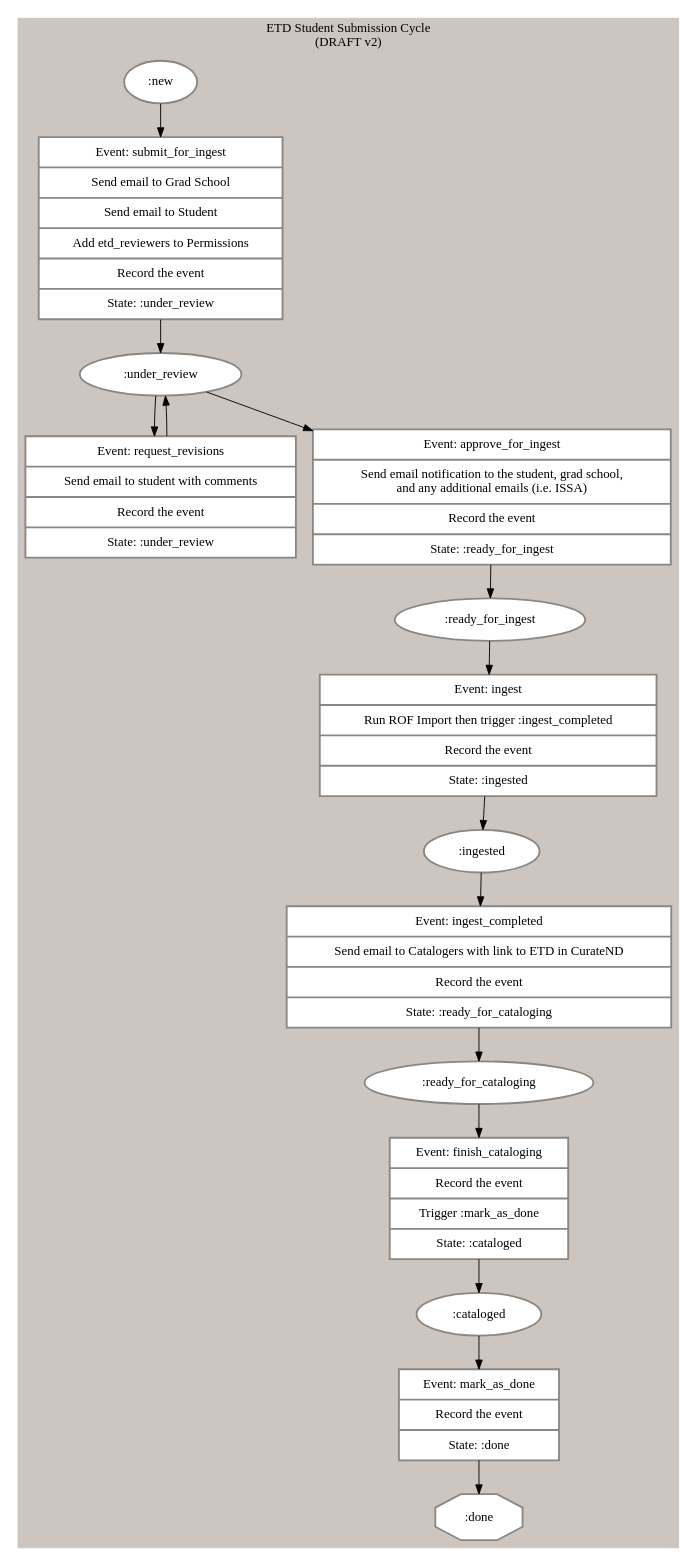
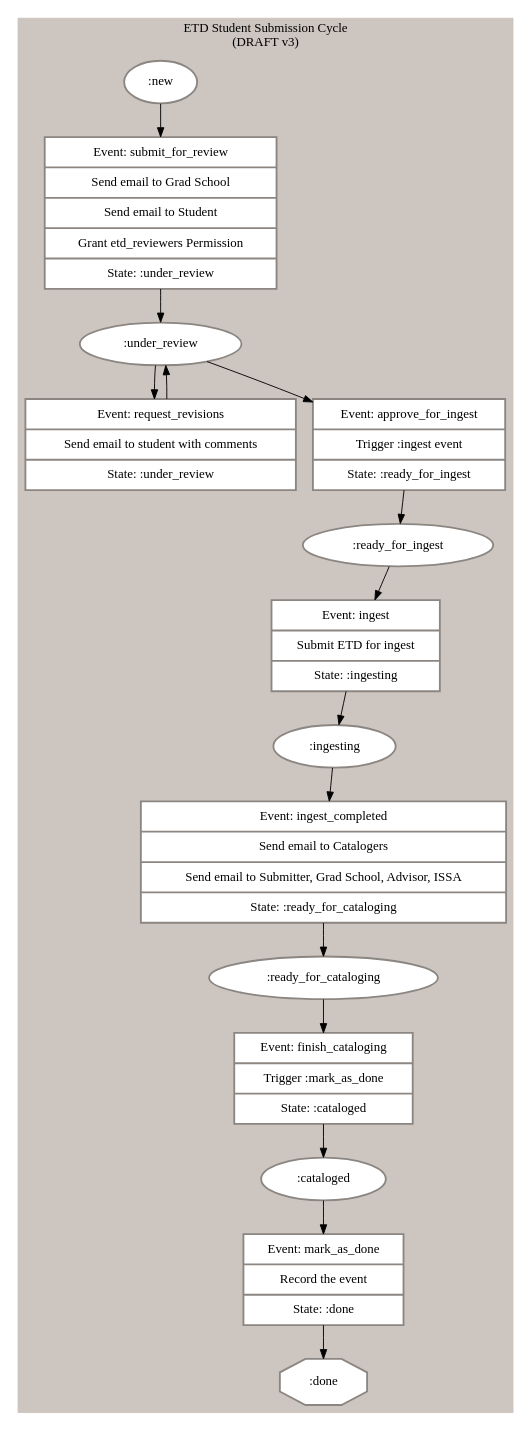
The diagram in artifacts/etd-submission-state-machine.dot (scholarworks/sipity), drawn with Graphviz before and after one commit. The commit also changed 2 other files, not shown here.

Commit message:
Updating ETD Submission State Flow
In preparation for meeting with the Grad School, I wanted to make sure
the work flow is properly captured.

```diff
--- a/artifacts/etd-submission-state-machine.dot
+++ b/artifacts/etd-submission-state-machine.dot
@@ -1,36 +1,36 @@
 digraph "G" {
     compound=true;
     node[color="grey15" shape=record penwidth=2 margin="0.15, 0.125"];
 
     subgraph cluster_0 {
-        label="ETD Student Submission Cycle\n(DRAFT v2)"
+        label="ETD Student Submission Cycle\n(DRAFT v3)"
         color="seashell3"
         style="filled"
         node[style=filled fillcolor=white color="seashell4"]
 
         new [shape="oval" label=":new"]
         under_review[shape="oval" label=":under_review"]
         ready_for_ingest[shape="oval" label=":ready_for_ingest"]
-        ingested[shape="oval" label=":ingested"]
+        ingesting[shape="oval" label=":ingesting"]
         ready_for_cataloging[shape="oval" label=":ready_for_cataloging"]
         cataloged[shape="oval" label=":cataloged"]
         done[shape="octagon" label=":done"]
 
-        submit_for_ingest[shape="record" label="{ Event: submit_for_ingest | Send email to Grad School | Send email to Student | Add etd_reviewers to Permissions | Record the event | State: :under_review }"]
-        request_revisions[shape="record" label="{ Event: request_revisions | Send email to student with comments | Record the event | State: :under_review }"]
-        approve_for_ingest[shape="record" label="{ Event: approve_for_ingest | Send email notification to the student, grad school,\nand any additional emails (i.e. ISSA) | Record the event | State: :ready_for_ingest }"]
-        ingest[shape="record" label="{ Event: ingest | Run ROF Import then trigger :ingest_completed | Record the event | State: :ingested }"]
-        ingest_completed[shape="record" label="{ Event: ingest_completed | Send email to Catalogers with link to ETD in CurateND | Record the event | State: :ready_for_cataloging }"]
-        finish_cataloging[shape="record" label="{ Event: finish_cataloging | Record the event | Trigger :mark_as_done | State: :cataloged }"]
+        submit_for_ingest[shape="record" label="{ Event: submit_for_review | Send email to Grad School | Send email to Student | Grant etd_reviewers Permission | State: :under_review }"]
+        request_revisions[shape="record" label="{ Event: request_revisions | Send email to student with comments | State: :under_review }"]
+        approve_for_ingest[shape="record" label="{ Event: approve_for_ingest | Trigger :ingest event | State: :ready_for_ingest }"]
+        ingest[shape="record" label="{ Event: ingest | Submit ETD for ingest | State: :ingesting }"]
+        ingest_completed[shape="record" label="{ Event: ingest_completed | Send email to Catalogers | Send email to Submitter, Grad School, Advisor, ISSA | State: :ready_for_cataloging }"]
+        finish_cataloging[shape="record" label="{ Event: finish_cataloging | Trigger :mark_as_done | State: :cataloged }"]
         mark_as_done[shape="record" label="{ Event: mark_as_done | Record the event | State: :done }"]
 
         new -> submit_for_ingest -> under_review
         under_review -> request_revisions -> under_review
         under_review -> approve_for_ingest -> ready_for_ingest
-        ready_for_ingest -> ingest -> ingested
-        ingested -> ingest_completed -> ready_for_cataloging
+        ready_for_ingest -> ingest -> ingesting
+        ingesting -> ingest_completed -> ready_for_cataloging
         ready_for_cataloging -> finish_cataloging -> cataloged
         cataloged -> mark_as_done -> done
     }
 
 }
```
